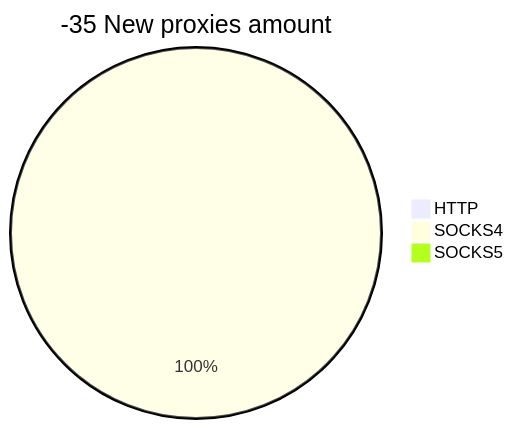
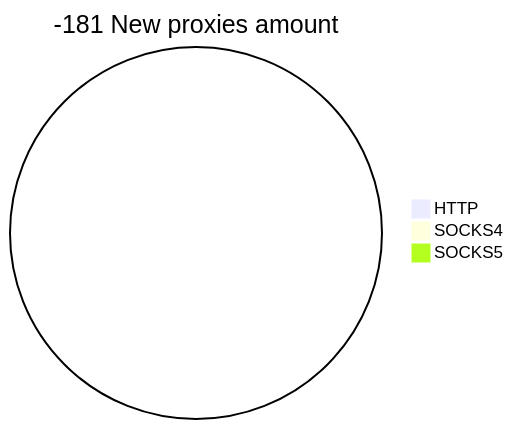
The second of 2 diagrams in README.md (cutipu/proxylist), drawn with Mermaid before and after one commit. The commit also changed other lines of this file, not shown here.

````diff
--- a/README.md
+++ b/README.md
@@ -10,6 +10,6 @@
 ```mermaid
-pie title -35 New proxies amount
+pie title -181 New proxies amount
     "HTTP" : 0
-    "SOCKS4" : 1
+    "SOCKS4" : 0
     "SOCKS5" : 0
 ```
````
